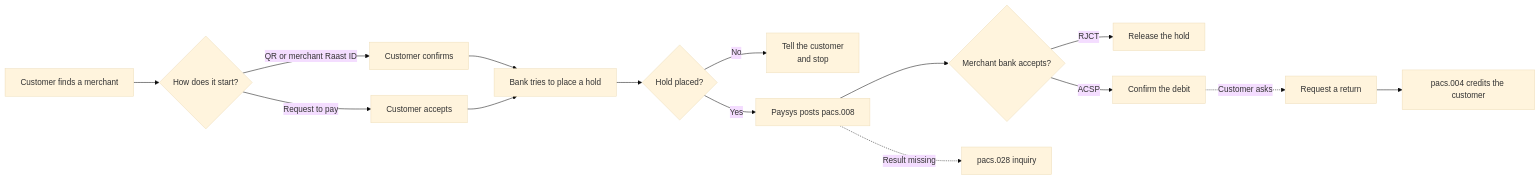
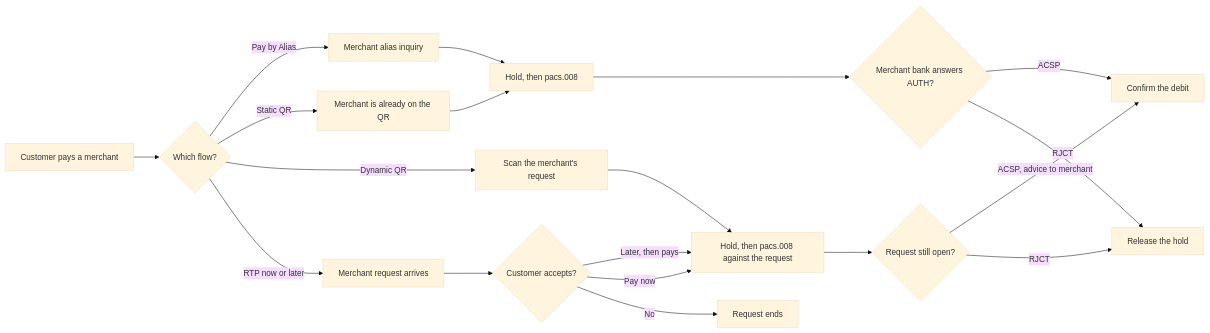
Before and after one commit to HuzaifaTanzeel/raast-training-public: diagram 11 of 11 in modules/03-p2m-issuing/03_Raast_P2M_Issuing_Overview.md, drawn with Mermaid (base theme). The commit also changed other lines of this file and 5 other files, not shown here.

Commit message:
Correct the P2M overviews so static QR, dynamic QR, and alias payments follow their own paths.

````diff
--- a/modules/03-p2m-issuing/03_Raast_P2M_Issuing_Overview.md
+++ b/modules/03-p2m-issuing/03_Raast_P2M_Issuing_Overview.md
@@ -269,17 +337,21 @@
 ```mermaid
 flowchart LR
-    A[Customer finds a merchant] --> B{How does it start?}
-    B -->|QR or merchant Raast ID| C[Customer confirms]
-    B -->|Request to pay| D[Customer accepts]
-    C --> E[Bank tries to place a hold]
-    D --> E
-    E --> F{Hold placed?}
-    F -->|No| G[Tell the customer<br/>and stop]
-    F -->|Yes| H[Paysys posts pacs.008]
-    H --> I{Merchant bank accepts?}
-    I -->|RJCT| J[Release the hold]
-    I -->|ACSP| K[Confirm the debit]
-    H -. Result missing .-> L[pacs.028 inquiry]
-    K -. Customer asks .-> M[Request a return]
-    M --> N[pacs.004 credits the customer]
+    A[Customer pays a merchant] --> B{Which flow?}
+    B -->|Pay by Alias| C[Merchant alias inquiry]
+    B -->|Static QR| D[Merchant is already on the QR]
+    B -->|Dynamic QR| E[Scan the merchant's request]
+    B -->|RTP now or later| F[Merchant request arrives]
+    C --> G[Hold, then pacs.008]
+    D --> G
+    G --> H{Merchant bank answers AUTH?}
+    H -->|ACSP| I[Confirm the debit]
+    H -->|RJCT| J[Release the hold]
+    E --> K[Hold, then pacs.008 against the request]
+    F --> L{Customer accepts?}
+    L -->|Later, then pays| K
+    L -->|Pay now| K
+    L -->|No| M[Request ends]
+    K --> N{Request still open?}
+    N -->|ACSP, advice to merchant| I
+    N -->|RJCT| J
 ```
````
